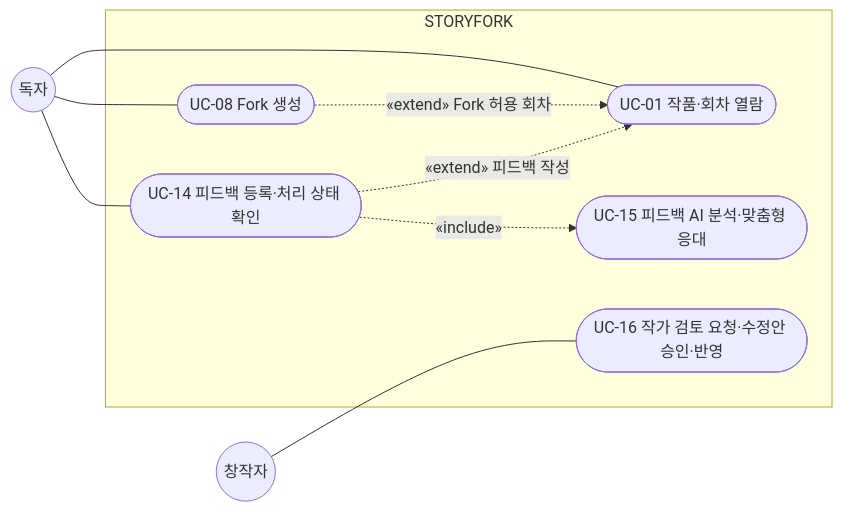
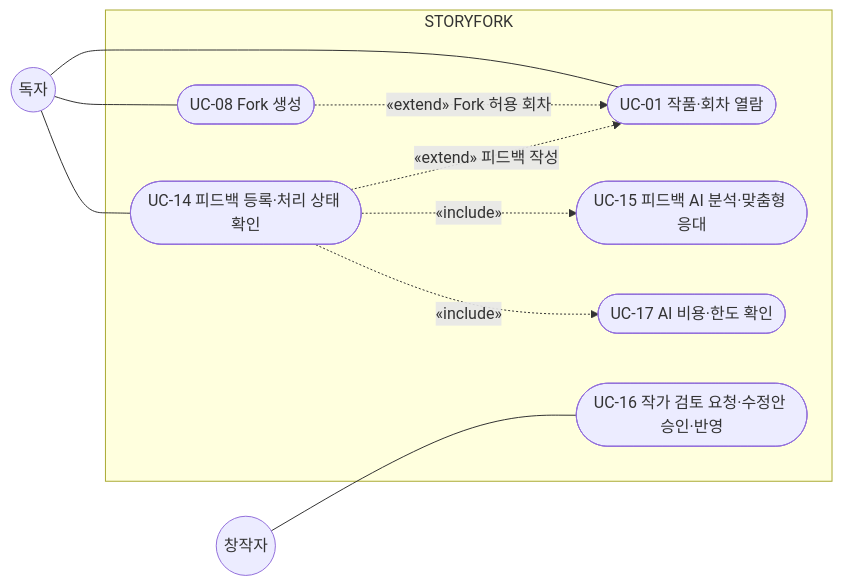
Before and after one commit to SKNETWORKS-FAMILY-AICAMP/SKN34-FINAL-4TEAM: the sixth of 9 diagrams in docs/usecase.md, drawn with Mermaid. The commit also changed other lines of this file and 26 other files, not shown here.

````diff
--- a/docs/usecase.md
+++ b/docs/usecase.md
@@ -285,19 +304,21 @@
 ```mermaid
 flowchart LR
   R(("독자"))
   C(("창작자"))
   subgraph SYS["STORYFORK"]
     U01(["UC-01 작품·회차 열람"])
     U08(["UC-08 Fork 생성"])
     U14(["UC-14 피드백 등록·처리 상태 확인"])
     U15(["UC-15 피드백 AI 분석·맞춤형 응대"])
+    U17(["UC-17 AI 비용·한도 확인"])
     U16(["UC-16 작가 검토 요청·수정안 승인·반영"])
   end
   R --- U01
   R --- U08
   R --- U14
   C --- U16
   U08 -.->|"«extend» Fork 허용 회차"| U01
   U14 -.->|"«extend» 피드백 작성"| U01
   U14 -.->|"«include»"| U15
+  U14 -.->|"«include»"| U17
 ```
````
